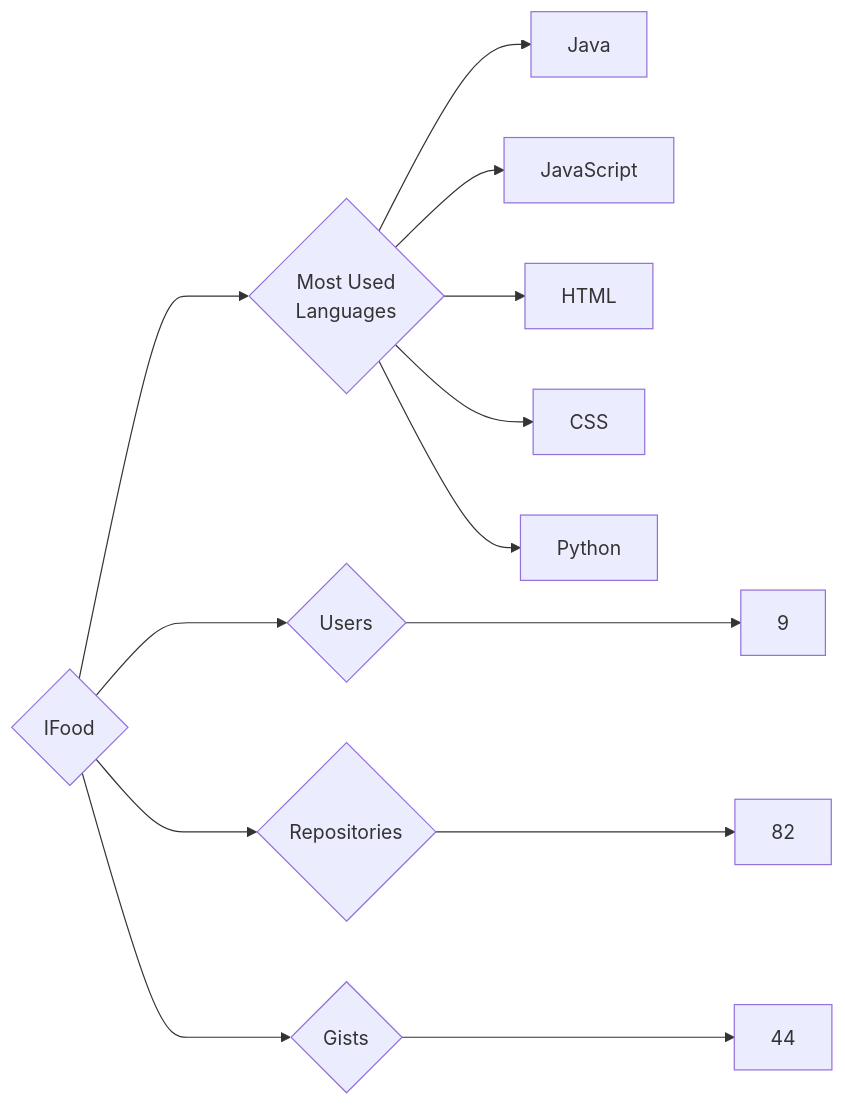
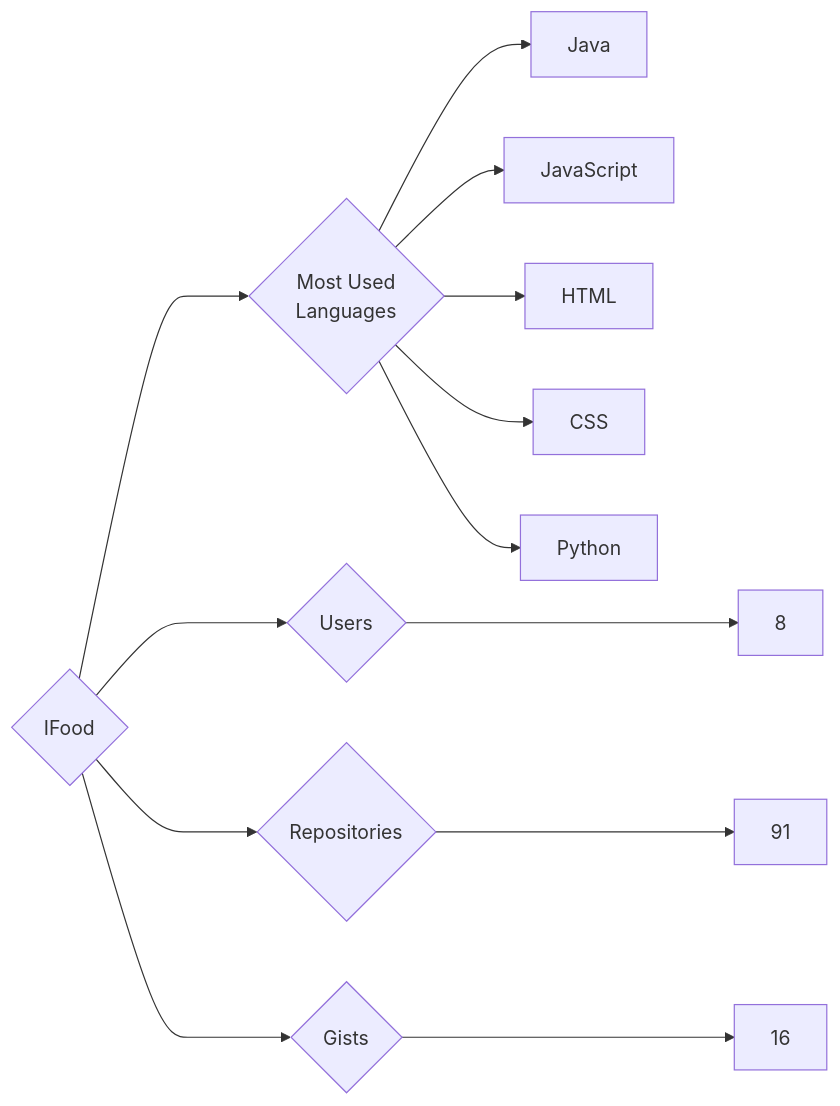
One commit to trickest/insiders changed the diagram in targets/IFood/README.md. Above: the diagram before and after it, drawn with Mermaid. The commit also changed 993 other files, not shown here.

````diff
--- a/targets/IFood/README.md
+++ b/targets/IFood/README.md
@@ -3,13 +3,13 @@
 ```mermaid
 graph LR
 COMPANY_NAME{IFood}
-COMPANY_NAME ---> U{Users} ---> UN[9]
-COMPANY_NAME ---> R{Repositories} ---> RN[82]
-COMPANY_NAME ---> G{Gists} ---> GN[44]
+COMPANY_NAME ---> U{Users} ---> UN[8]
+COMPANY_NAME ---> R{Repositories} ---> RN[91]
+COMPANY_NAME ---> G{Gists} ---> GN[16]
 COMPANY_NAME ---> ML{Most Used<br>Languages}
 ML --> Java[Java]
 ML --> JavaScript[JavaScript]
 ML --> HTML[HTML]
 ML --> CSS[CSS]
 ML --> Python[Python]
 ```
````
